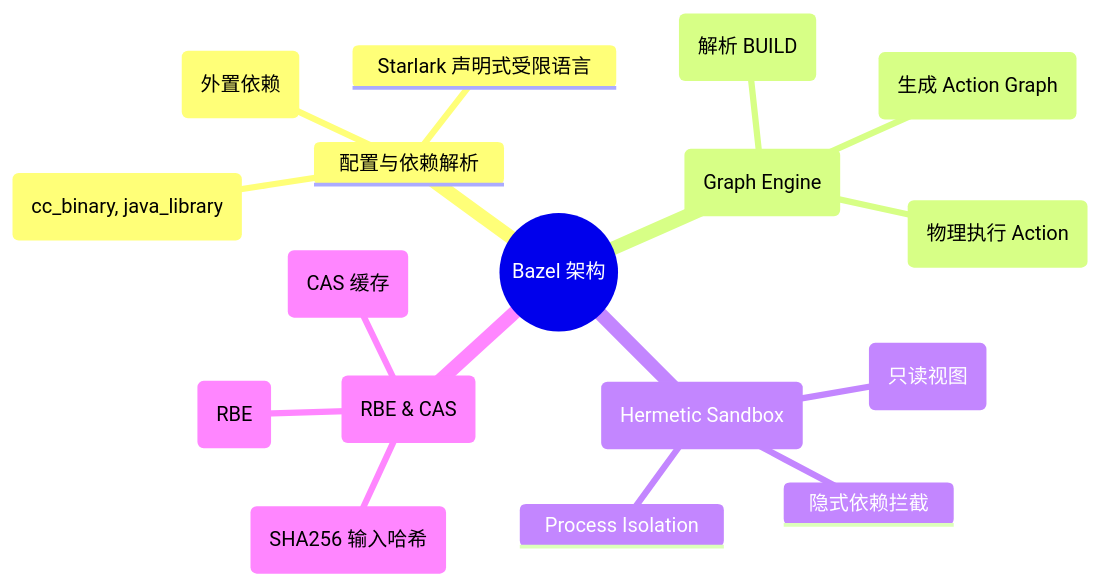
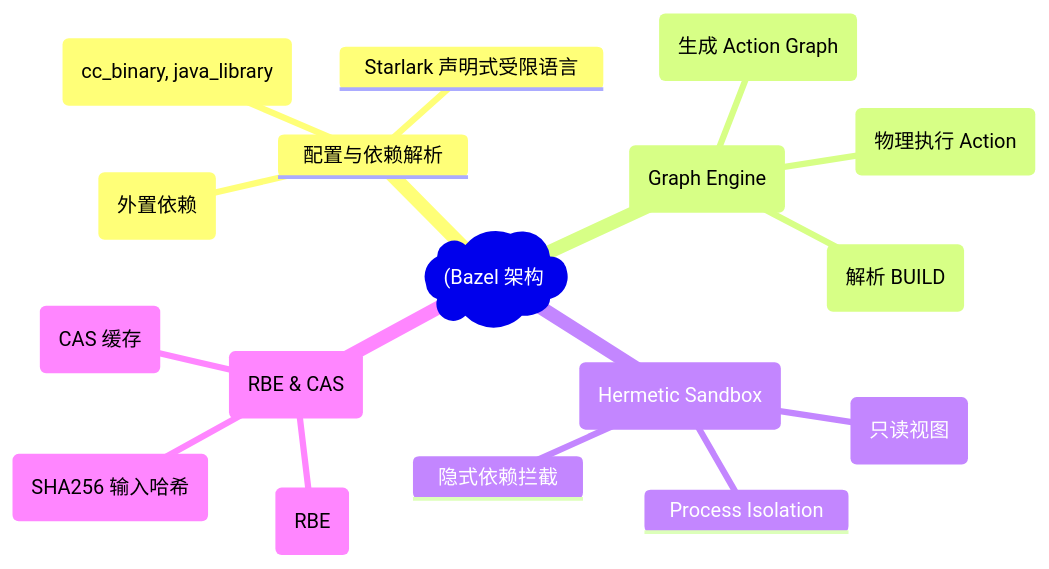
Before and after one commit to koosai/AI-Architect-Learning: the second of 7 diagrams in docs/atlas/bazel.mdx, drawn with Mermaid. The commit also changed other lines of this file and 187 other files, not shown here.

Commit message:
fix(mermaid): fix all unquoted parens and edge label syntax errors across all docs

````diff
--- a/docs/atlas/bazel.mdx
+++ b/docs/atlas/bazel.mdx
@@ -83,20 +83,20 @@
 ```mermaid
 mindmap
-  root((Bazel 架构))
+  root("(Bazel 架构"))
     配置与依赖解析
       Starlark 声明式受限语言
       WORKSPACE / MODULE.bazel (外置依赖)
       Target 目标定义 (cc_binary, java_library)
     图分析层 (Graph Engine)
       Loading 阶段 (解析 BUILD)
       Analysis 阶段 (生成 Action Graph)
       Execution 阶段 (物理执行 Action)
     密封沙箱 (Hermetic Sandbox)
       Linux Mount Namespace (只读视图)
       Process Isolation
       隐式依赖拦截
     加速与分布式 (RBE & CAS)
       Action Digest (SHA256 输入哈希)
       Content-Addressed Storage (CAS 缓存)
       Remote Build Execution (RBE)
 ```
````
